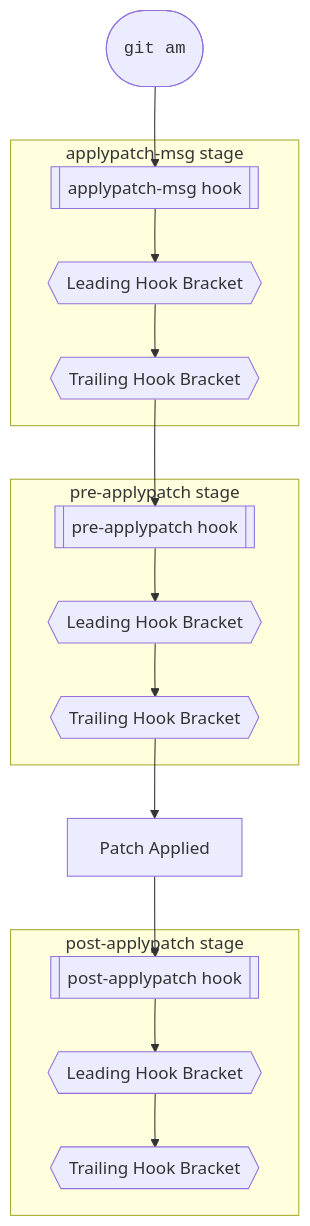
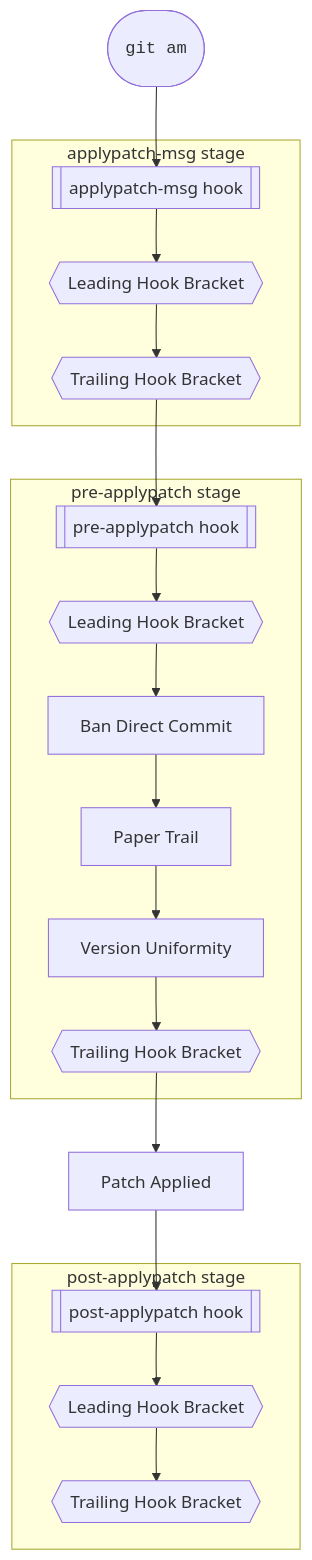
Before and after one commit to kami-lel/hupy: the third of 3 diagrams in docs/chain_doc.md, drawn with Mermaid. The commit also changed other lines of this file, not shown here.

First line of the commit message:
integrate Version Uniformity feature into chain doc with flow updates and cross-hook gating

````diff
--- a/docs/chain_doc.md
+++ b/docs/chain_doc.md
@@ -290,25 +292,28 @@
 ```mermaid
 flowchart TD
     A([<pre><code>git am</code></pre>])
 
     subgraph B [applypatch-msg stage]
         amsg[[applypatch-msg hook]] --> lead4{{Leading Hook Bracket}}
         lead4 --> trail4{{Trailing Hook Bracket}}
     end
 
     A --> amsg
 
     subgraph preapplypatch [pre-applypatch stage]
         preap[[pre-applypatch hook]] --> lead5{{Leading Hook Bracket}}
-        lead5 --> trail5{{Trailing Hook Bracket}}
+        lead5 --> bdc5[Ban Direct Commit]
+        bdc5 --> pt5[Paper Trail]
+        pt5 --> vu5[Version Uniformity]
+        vu5 --> trail5{{Trailing Hook Bracket}}
     end
     trail4 --> preap
 
     trail5 --> applied[Patch Applied]
 
     subgraph postapplypatch [post-applypatch stage]
         postap[[post-applypatch hook]] --> lead6{{Leading Hook Bracket}}
         lead6 --> trail6{{Trailing Hook Bracket}}
     end
     applied --> postap
 ```
````
